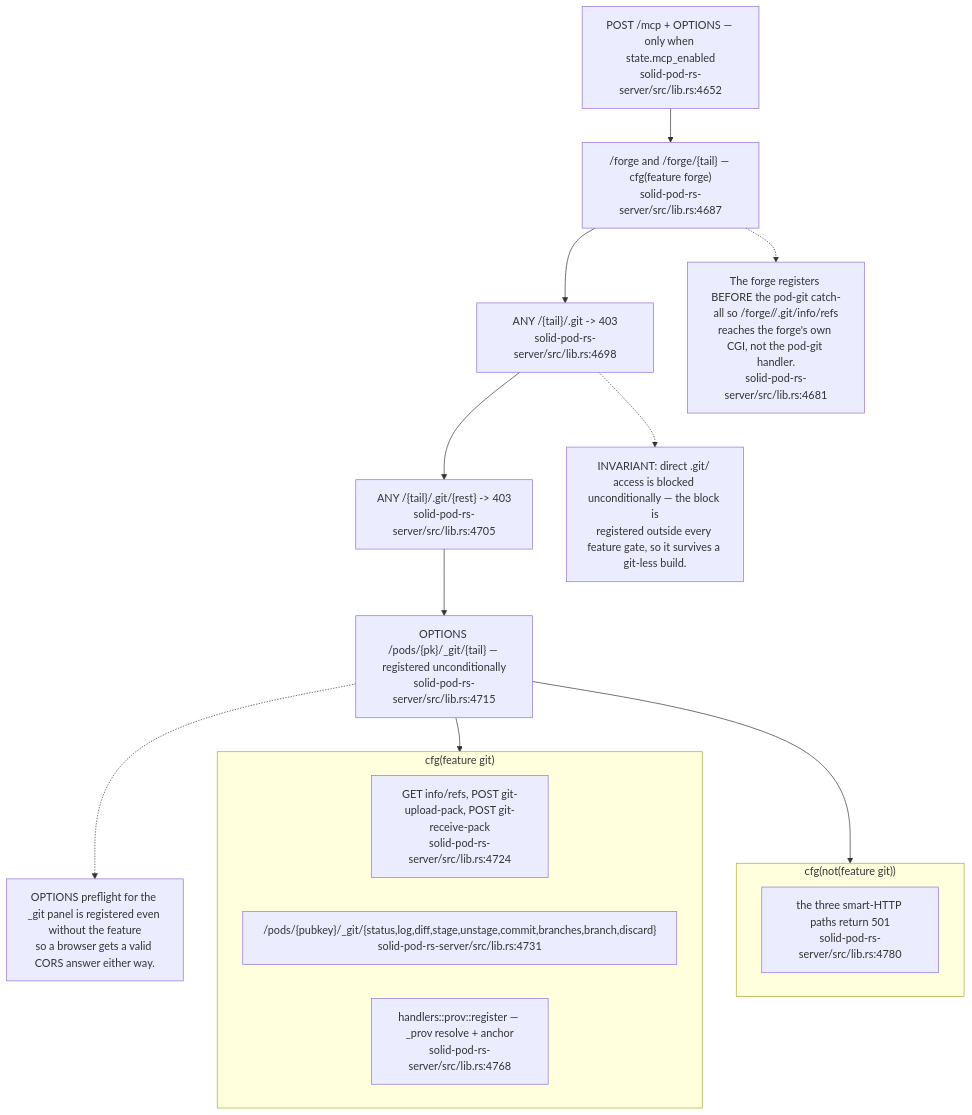
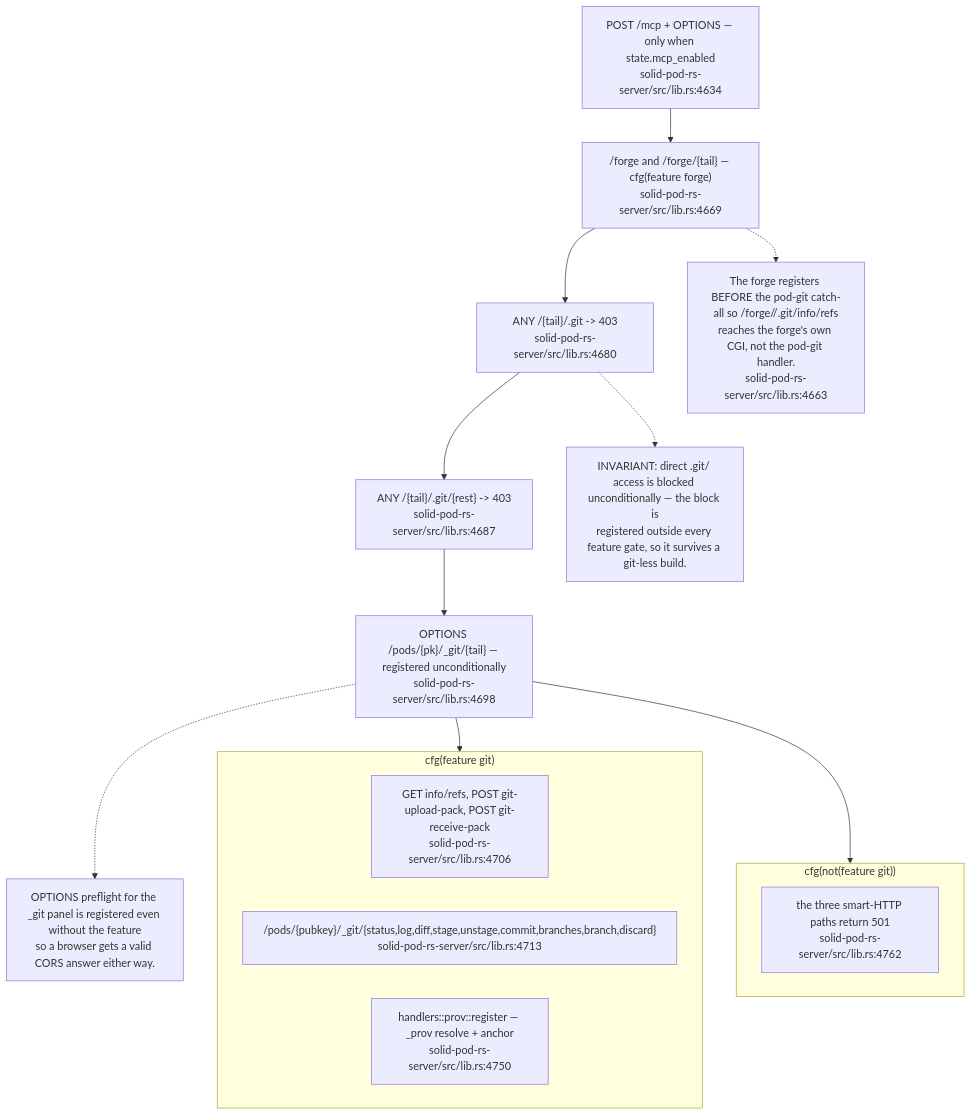
Before and after one commit to DreamLab-AI/VisionFlow: the ninth of 11 diagrams in docs/diagrams/solid-pod-rs/02-server-boot-and-routes.md, drawn with Mermaid. The commit also changed other lines of this file and 21 other files, not shown here.

Commit message:
docs(diagrams): refresh first verified estate batch

````diff
--- a/docs/diagrams/solid-pod-rs/02-server-boot-and-routes.md
+++ b/docs/diagrams/solid-pod-rs/02-server-boot-and-routes.md
@@ -241,27 +239,27 @@
 ```mermaid
 flowchart TD
-    MCP["POST /mcp + OPTIONS — only when state.mcp_enabled<br/>solid-pod-rs-server/src/lib.rs:4652"]
-    FORGE["/forge and /forge/{tail} — cfg(feature forge)<br/>solid-pod-rs-server/src/lib.rs:4687"]
-    BLOCK1["ANY /{tail}/.git -> 403<br/>solid-pod-rs-server/src/lib.rs:4698"]
-    BLOCK2["ANY /{tail}/.git/{rest} -> 403<br/>solid-pod-rs-server/src/lib.rs:4705"]
-    PANEL_OPT["OPTIONS /pods/{pk}/_git/{tail} — registered unconditionally<br/>solid-pod-rs-server/src/lib.rs:4715"]
+    MCP["POST /mcp + OPTIONS — only when state.mcp_enabled<br/>solid-pod-rs-server/src/lib.rs:4634"]
+    FORGE["/forge and /forge/{tail} — cfg(feature forge)<br/>solid-pod-rs-server/src/lib.rs:4669"]
+    BLOCK1["ANY /{tail}/.git -> 403<br/>solid-pod-rs-server/src/lib.rs:4680"]
+    BLOCK2["ANY /{tail}/.git/{rest} -> 403<br/>solid-pod-rs-server/src/lib.rs:4687"]
+    PANEL_OPT["OPTIONS /pods/{pk}/_git/{tail} — registered unconditionally<br/>solid-pod-rs-server/src/lib.rs:4698"]
 
     subgraph GITON["cfg(feature git)"]
-        SMART["GET info/refs, POST git-upload-pack, POST git-receive-pack<br/>solid-pod-rs-server/src/lib.rs:4724"]
-        PANEL["/pods/{pubkey}/_git/{status,log,diff,stage,unstage,commit,branches,branch,discard}<br/>solid-pod-rs-server/src/lib.rs:4731"]
-        PROVR["handlers::prov::register — _prov resolve + anchor<br/>solid-pod-rs-server/src/lib.rs:4768"]
+        SMART["GET info/refs, POST git-upload-pack, POST git-receive-pack<br/>solid-pod-rs-server/src/lib.rs:4706"]
+        PANEL["/pods/{pubkey}/_git/{status,log,diff,stage,unstage,commit,branches,branch,discard}<br/>solid-pod-rs-server/src/lib.rs:4713"]
+        PROVR["handlers::prov::register — _prov resolve + anchor<br/>solid-pod-rs-server/src/lib.rs:4750"]
     end
     subgraph GITOFF["cfg(not(feature git))"]
-        R501["the three smart-HTTP paths return 501<br/>solid-pod-rs-server/src/lib.rs:4780"]
+        R501["the three smart-HTTP paths return 501<br/>solid-pod-rs-server/src/lib.rs:4762"]
     end
 
     MCP --> FORGE --> BLOCK1 --> BLOCK2 --> PANEL_OPT --> GITON
     PANEL_OPT --> GITOFF
 
     N1["INVARIANT: direct .git/ access is blocked unconditionally — the block is\nregistered outside every feature gate, so it survives a git-less build."]
     BLOCK1 -.-> N1
-    N2["The forge registers BEFORE the pod-git catch-all so /forge/<o>/<n>.git/info/refs\nreaches the forge's own CGI, not the pod-git handler.<br/>solid-pod-rs-server/src/lib.rs:4681"]
+    N2["The forge registers BEFORE the pod-git catch-all so /forge/<o>/<n>.git/info/refs\nreaches the forge's own CGI, not the pod-git handler.<br/>solid-pod-rs-server/src/lib.rs:4663"]
     FORGE -.-> N2
     N3["OPTIONS preflight for the _git panel is registered even without the feature\nso a browser gets a valid CORS answer either way."]
     PANEL_OPT -.-> N3
 ```
````
